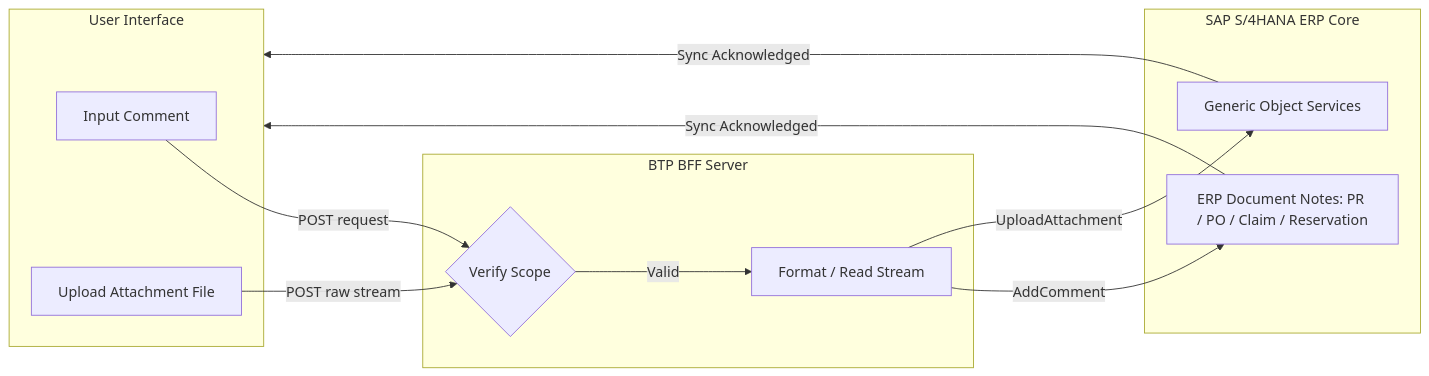
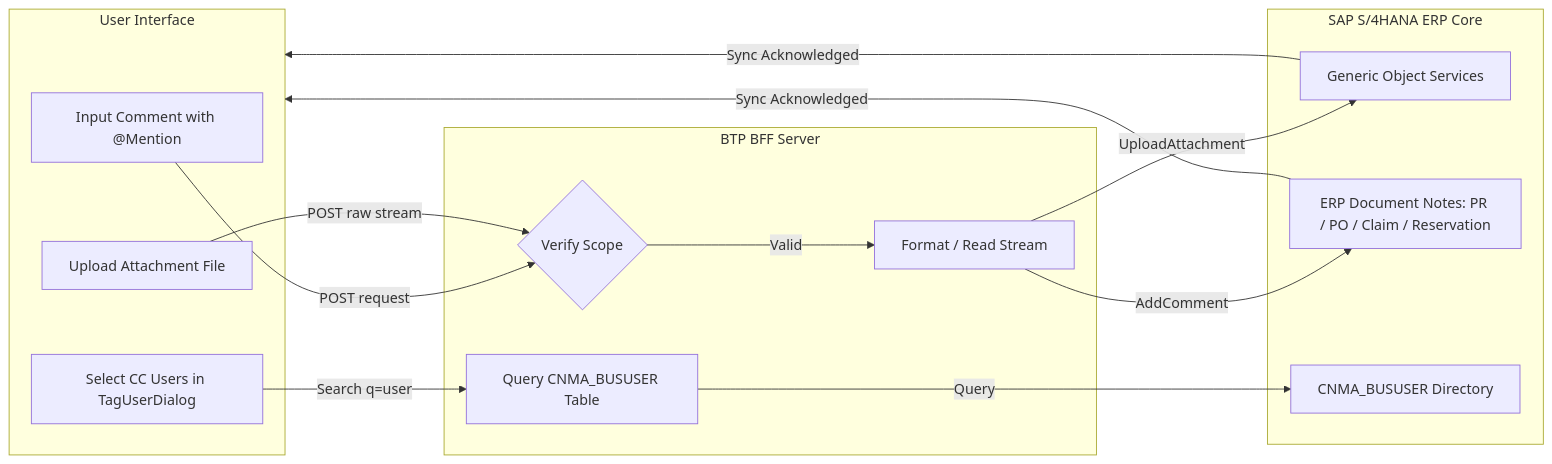
One commit to mindinh/approval-app changed the third of 3 diagrams in docs/business/01-process-flows.md. Above: the diagram before and after it, drawn with Mermaid. The commit also changed other lines of this file and 8 other files, not shown here.

````diff
--- a/docs/business/01-process-flows.md
+++ b/docs/business/01-process-flows.md
@@ -95,28 +108,33 @@
 ```mermaid
 flowchart LR
     subgraph UI [User Interface]
-        CommentInput[Input Comment]
+        CommentInput[Input Comment with @Mention]
+        TagInput[Select CC Users in TagUserDialog]
         FileInput[Upload Attachment File]
     end
 
     subgraph BFF [BTP BFF Server]
         AuthCheck{Verify Scope}
+        UserSearch[Query CNMA_BUSUSER Table]
         Parser[Format / Read Stream]
     end
 
     subgraph ERP [SAP S/4HANA ERP Core]
         GOS[Generic Object Services]
         Notes[ERP Document Notes: PR / PO / Claim / Reservation]
+        BusUsers[CNMA_BUSUSER Directory]
     end
 
     CommentInput -->|POST request| AuthCheck
+    TagInput -->|Search q=user| UserSearch
+    UserSearch -->|Query| BusUsers
     FileInput -->|POST raw stream| AuthCheck
 
     AuthCheck -->|Valid| Parser
     
     Parser -->|AddComment| Notes
     Parser -->|UploadAttachment| GOS
     
     Notes -->|Sync Acknowledged| UI
     GOS -->|Sync Acknowledged| UI
 ```
````
